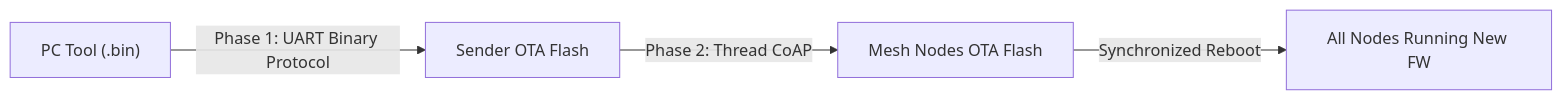
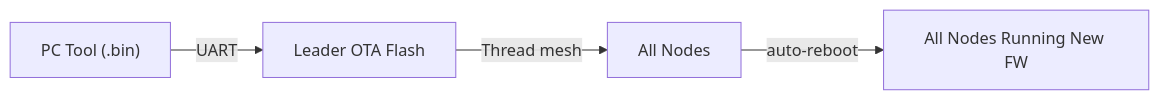
One commit to RafaelMicro/Rafael-IoT-SDK changed the first of 3 diagrams in docs/SubG/mesh-it-up/OTA-guide.md. Above: the diagram before and after it, drawn with Mermaid. The commit also changed other lines of this file and 2618 other files, not shown here.

````diff
--- a/docs/SubG/mesh-it-up/OTA-guide.md
+++ b/docs/SubG/mesh-it-up/OTA-guide.md
@@ -8,6 +13,6 @@
 ```mermaid
 flowchart LR
-    A["PC Tool (.bin)"] -->|"Phase 1: UART Binary Protocol"| B["Sender OTA Flash"]
-    B -->|"Phase 2: Thread CoAP"| C["Mesh Nodes OTA Flash"]
-    C -->|"Synchronized Reboot"| D["All Nodes Running New FW"]
+    A["PC Tool (.bin)"] -->|"UART"| B["Leader OTA Flash"]
+    B -->|"Thread mesh"| C["All Nodes"]
+    C -->|"auto-reboot"| D["All Nodes Running New FW"]
 ```
````
